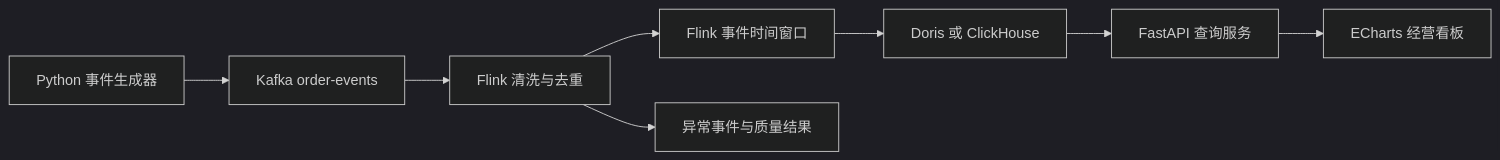
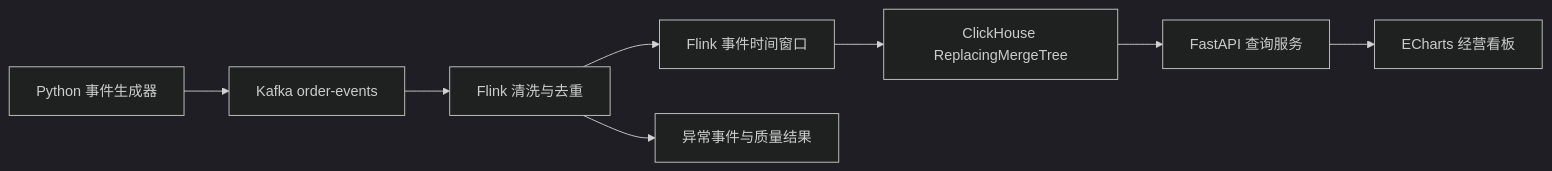
The diagram in README.md (ZliY221/Real-time-data-warehouse-and-business-analysis-platform-for-e-commerce), drawn with Mermaid (dark theme) before and after one commit. The commit also changed other lines of this file and 22 other files, not shown here.

````diff
--- a/README.md
+++ b/README.md
@@ -37,10 +38,10 @@
 ```mermaid
 flowchart LR
     A[Python 事件生成器] --> B[Kafka order-events]
     B --> C[Flink 清洗与去重]
     C --> D[Flink 事件时间窗口]
-    D --> E[Doris 或 ClickHouse]
+    D --> E[ClickHouse ReplacingMergeTree]
     E --> F[FastAPI 查询服务]
     F --> G[ECharts 经营看板]
     C --> H[异常事件与质量结果]
 ```
````
